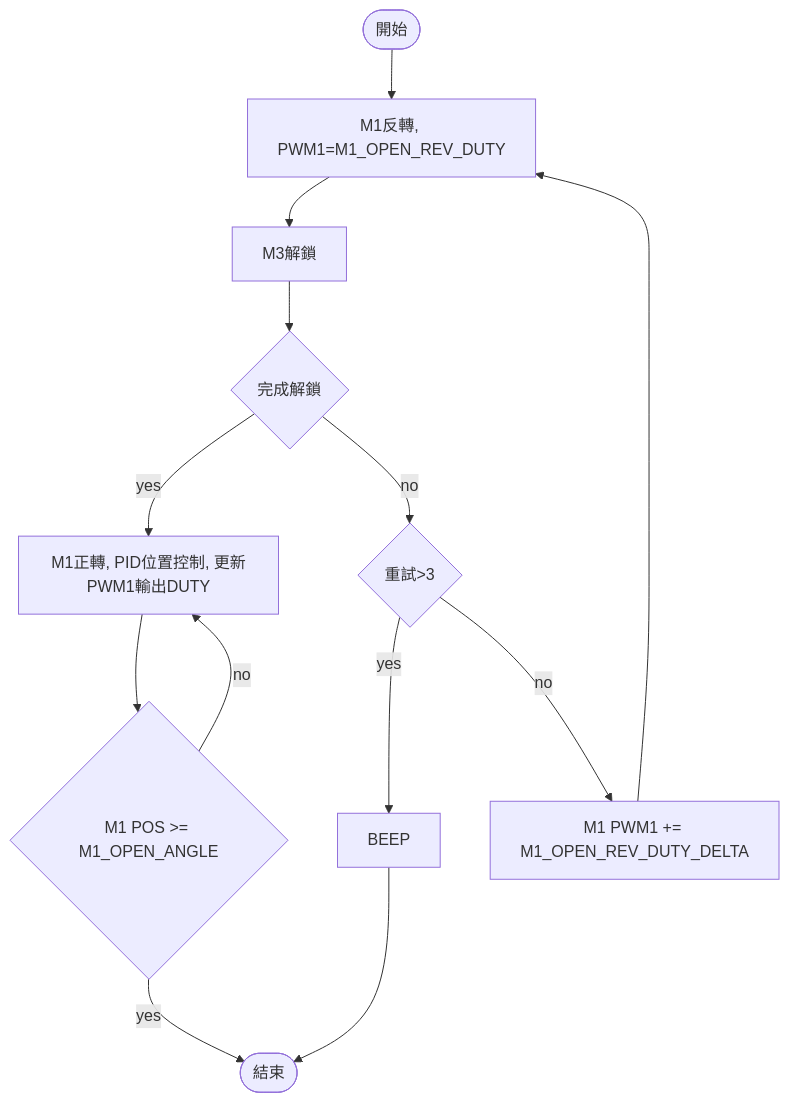
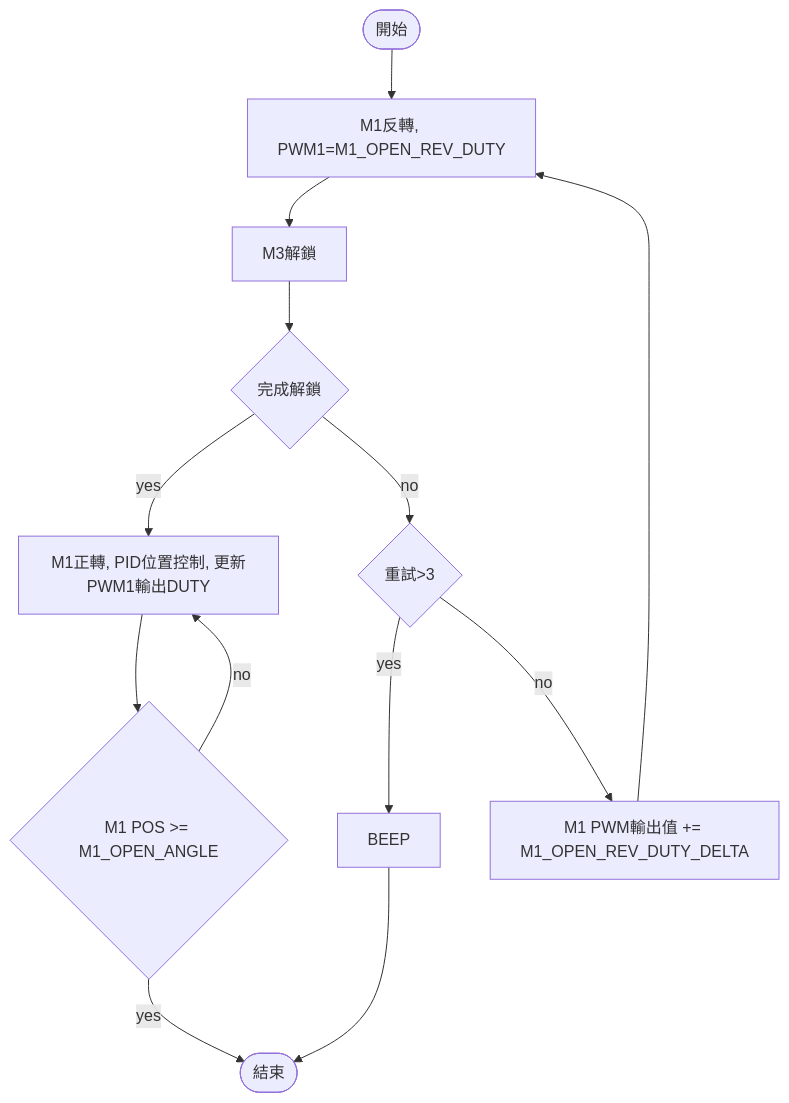
The seventh of 12 diagrams in docs/playbook_stage_00.md (haoyi-jason/DoorControllerX), drawn with Mermaid before and after one commit. The commit also changed other lines of this file and 4771 other files, not shown here.

````diff
--- a/docs/playbook_stage_00.md
+++ b/docs/playbook_stage_00.md
@@ -193,15 +193,15 @@
 ```mermaid
 flowchart TD
     st([開始]) --> op1[M1反轉, PWM1=M1_OPEN_REV_DUTY]
     op1 --> op2[M3解鎖]
     op2 --> cd1{完成解鎖}
     cd1 -->|yes| op5[M1正轉, PID位置控制, 更新PWM1輸出DUTY]
     cd1 -->|no| cd2{重試>3}
     cd2 -->|yes| op4[BEEP]
     op4 --> e([結束])
-    cd2 -->|no| op3[M1 PWM1 += M1_OPEN_REV_DUTY_DELTA]
+    cd2 -->|no| op3[M1 PWM輸出值 += M1_OPEN_REV_DUTY_DELTA]
     op3 --> op1
     op5 --> cd3{M1 POS >= M1_OPEN_ANGLE}
     cd3 -->|yes| e
     cd3 -->|no| op5
 ```
````
